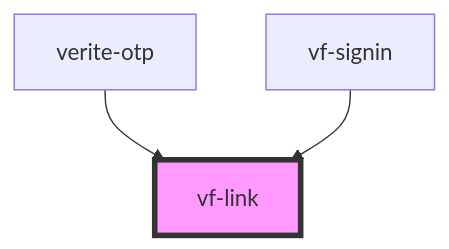
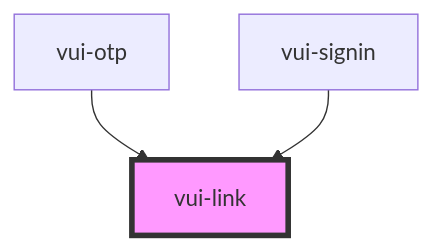
Before and after one commit to verite-team/verite-elements: the diagram in packages/stencil-library/src/components/link/readme.md, drawn with Mermaid. The commit also changed other lines of this file and 116 other files, not shown here.

````diff
--- a/packages/stencil-library/src/components/link/readme.md
+++ b/packages/stencil-library/src/components/link/readme.md
@@ -33,6 +31,6 @@
 ```mermaid
 graph TD;
-  verite-otp --> vf-link
-  vf-signin --> vf-link
-  style vf-link fill:#f9f,stroke:#333,stroke-width:4px
+  vui-otp --> vui-link
+  vui-signin --> vui-link
+  style vui-link fill:#f9f,stroke:#333,stroke-width:4px
 ```
````
